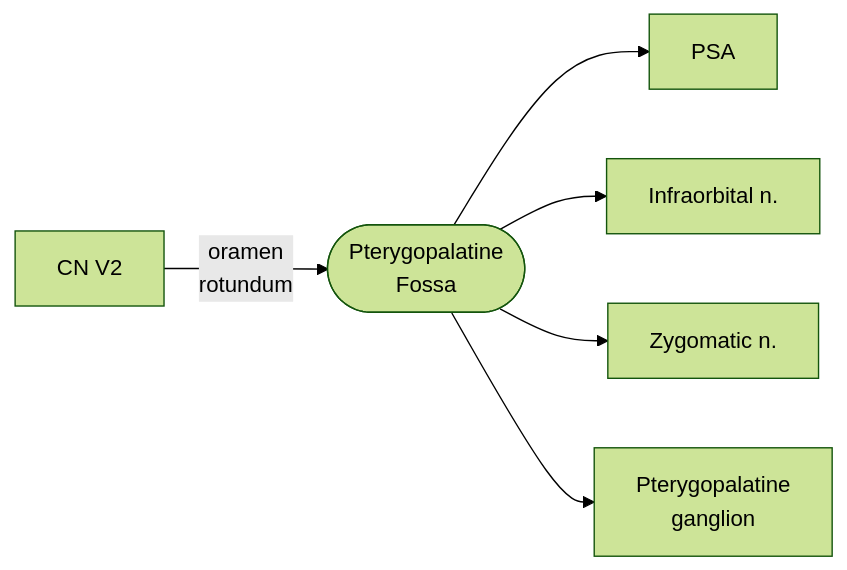
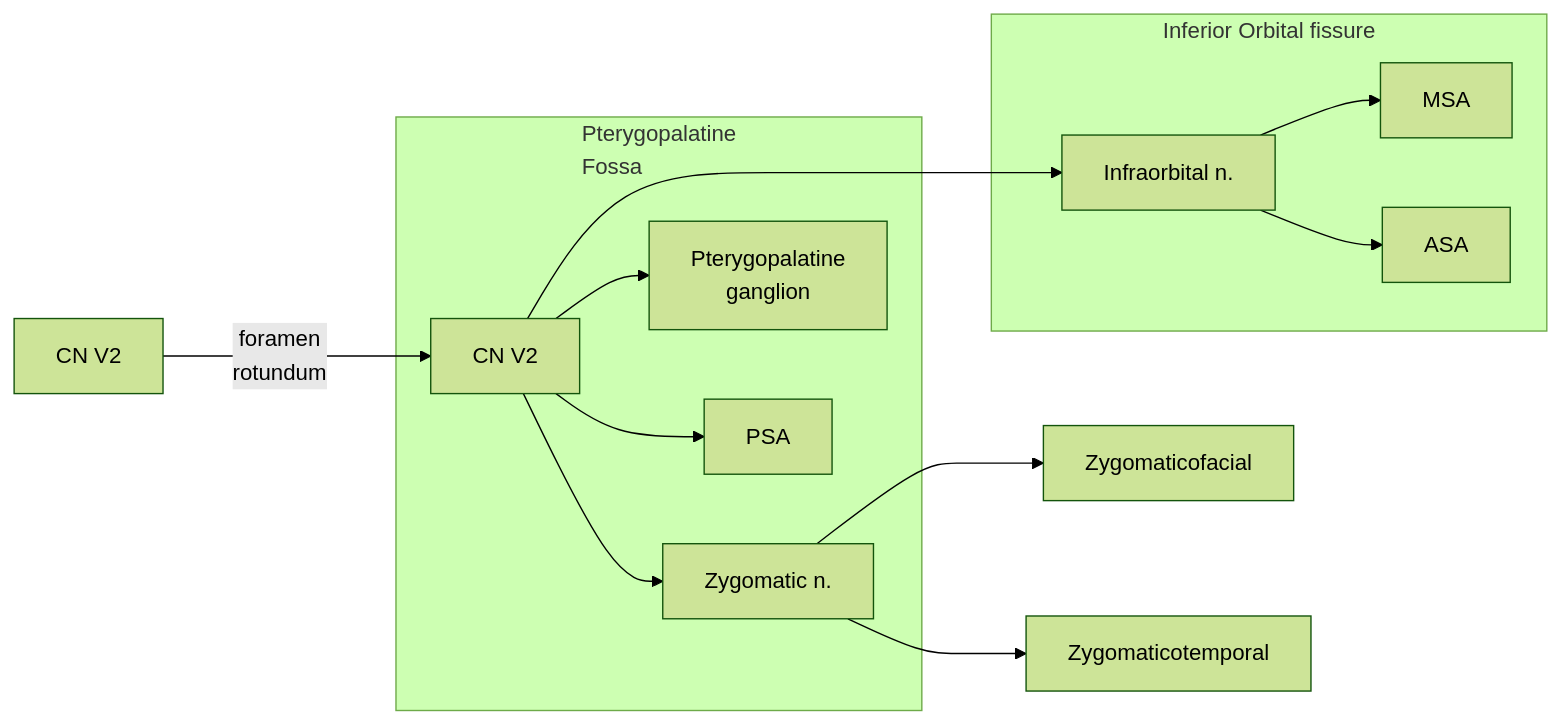
The eighth of 20 diagrams in notes/口解.md (hsiu-chan/notebook), drawn with Mermaid (forest theme) before and after one commit. The commit also changed other lines of this file and 2 other files, not shown here.

Commit message:
update IMG_1854.JPG, \345\217\243\350\247\243.html", \345\217\243\350\247\243.md" and test.md

````diff
--- a/notes/口解.md
+++ b/notes/口解.md
@@ -364,8 +369,20 @@
 ```mermaid
 flowchart LR
 
-2[CN V2]-- oramen<br>rotundum -->pf([Pterygopalatine<br>Fossa])
-pf-->psa[PSA]
-pf-->i[Infraorbital n.] & z[Zygomatic n.]
-pf-->gl[Pterygopalatine<br> ganglion]
+subgraph iof[Inferior Orbital fissure]
+MSA
+ASA
+i[Infraorbital n.]--> MSA & ASA
+end
+
+subgraph pf[Pterygopalatine<br>Fossa]
+z[Zygomatic n.]
+gl[Pterygopalatine<br> ganglion]
+PSA
+22[CN V2]-->z & gl & PSA
+end
+
+z-->zf[Zygomaticofacial] & zt[Zygomaticotemporal]
+2[CN V2]--->|foramen<br>rotundum|22--->i
+
 ```
````
